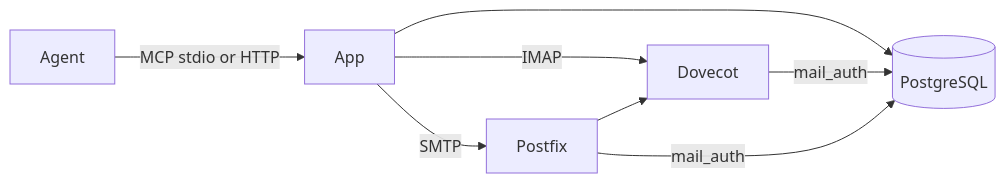
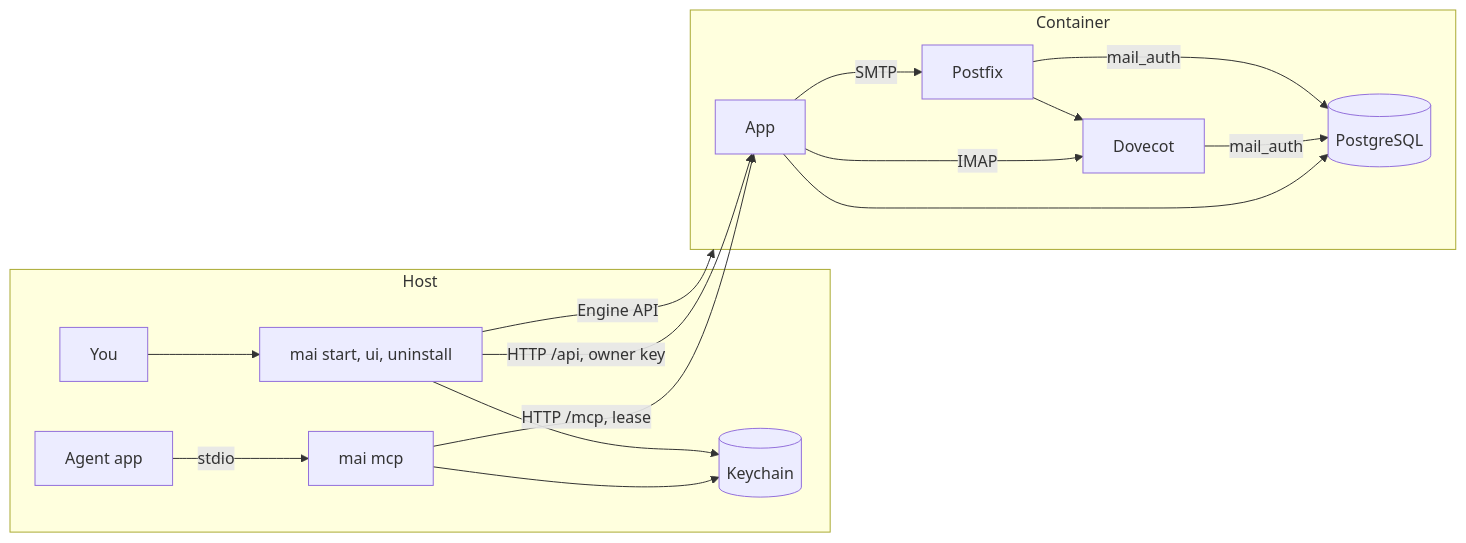
Before and after one commit to monorithm/mai: the diagram in docs/explanation/architecture.md, drawn with Mermaid. The commit also changed other lines of this file and 197 other files, not shown here.

First line of the commit message:
feat!: mai 3.0, one host CLI in Go (#7)

````diff
--- a/docs/explanation/architecture.md
+++ b/docs/explanation/architecture.md
@@ -10,10 +18,21 @@
 ```mermaid
 flowchart LR
-  agent[Agent] -->|MCP stdio or HTTP| app[App]
-  app -->|IMAP| dovecot[Dovecot]
-  app -->|SMTP| postfix[Postfix]
-  postfix --> dovecot
-  app --> pg[(PostgreSQL)]
-  dovecot -->|mail_auth| pg
-  postfix -->|mail_auth| pg
+  subgraph host[Host]
+    appx[Agent app] -->|stdio| bridge[mai mcp]
+    you[You] --> cli[mai start, ui, uninstall]
+    bridge --> kc[(Keychain)]
+    cli --> kc
+  end
+  subgraph container[Container]
+    app[App]
+    app -->|IMAP| dovecot[Dovecot]
+    app -->|SMTP| postfix[Postfix]
+    postfix --> dovecot
+    app --> pg[(PostgreSQL)]
+    dovecot -->|mail_auth| pg
+    postfix -->|mail_auth| pg
+  end
+  cli -->|Engine API| container
+  bridge -->|HTTP /mcp, lease| app
+  cli -->|HTTP /api, owner key| app
 ```
````
